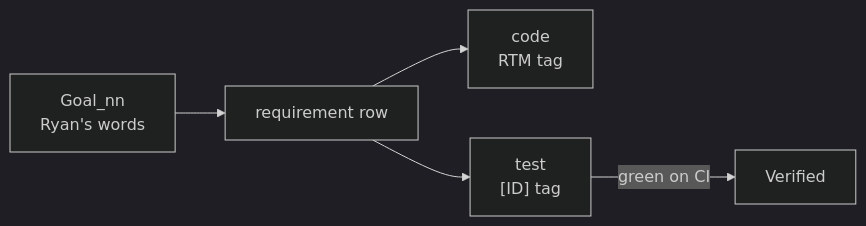
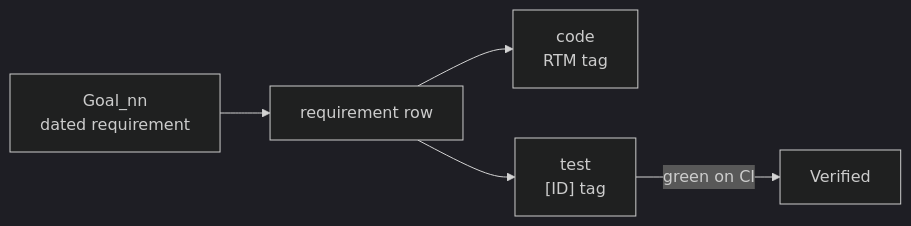
Before and after one commit to Aptix-Bio/Iris-Interoperability-Specification: the diagram in development/RTM.md, drawn with Mermaid (dark theme). The commit also changed other lines of this file and 14 other files, not shown here.

````diff
--- a/development/RTM.md
+++ b/development/RTM.md
@@ -19,7 +19,7 @@
 ```mermaid
 flowchart LR
-    G["Goal_nn<br/>Ryan's words"] --> R["requirement row"]
+    G["Goal_nn<br/>dated requirement"] --> R["requirement row"]
     R --> C["code<br/>RTM tag"]
     R --> T["test<br/>[ID] tag"]
     T -->|"green on CI"| V["Verified"]
 ```
````
